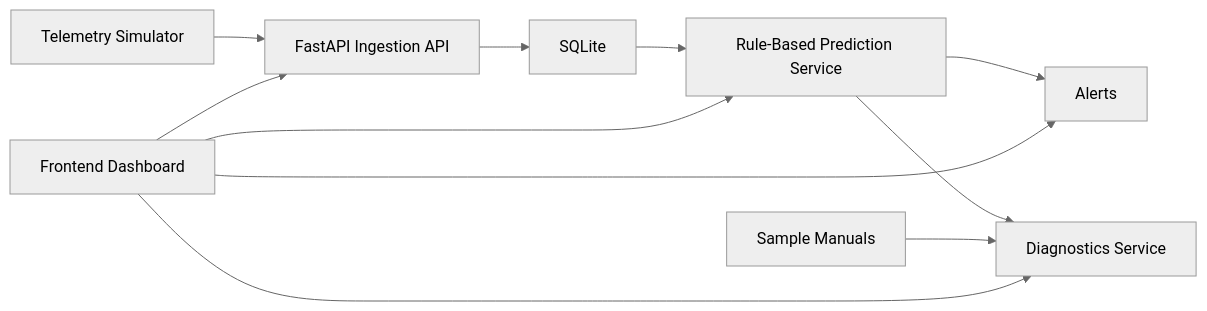
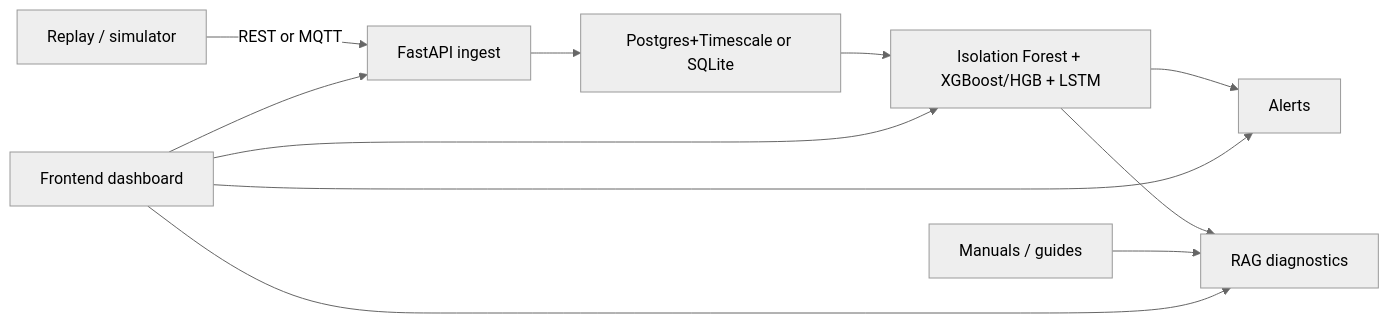
The diagram in docs/demo-backend-architecture.md (yashas144/Auravance-Backend), drawn with Mermaid (neutral theme) before and after one commit. The commit also changed other lines of this file and 82 other files, not shown here.

Commit message:
feat(ingest): add MQTT subscriber, Timescale store, and offloaded scoring Close the local platform gap behind the existing /api/v1 contract: Mosquitto ingest, PostgreSQL hypertables when DATABASE_URL is set, Redis scoring worker, and XGBoost/LSTM artifacts with rules fallback.

````diff
--- a/docs/demo-backend-architecture.md
+++ b/docs/demo-backend-architecture.md
@@ -9,13 +8,13 @@
 ```mermaid
 flowchart LR
-    A["Telemetry Simulator"] --> B["FastAPI Ingestion API"]
-    B --> C["SQLite"]
-    C --> D["Rule-Based Prediction Service"]
+    A["Replay / simulator"] -->|"REST or MQTT"| B["FastAPI ingest"]
+    B --> C["Postgres+Timescale or SQLite"]
+    C --> D["Isolation Forest + XGBoost/HGB + LSTM"]
     D --> E["Alerts"]
-    D --> F["Diagnostics Service"]
-    G["Sample Manuals"] --> F
-    H["Frontend Dashboard"] --> B
+    D --> F["RAG diagnostics"]
+    G["Manuals / guides"] --> F
+    H["Frontend dashboard"] --> B
     H --> D
     H --> E
     H --> F
 ```
````
